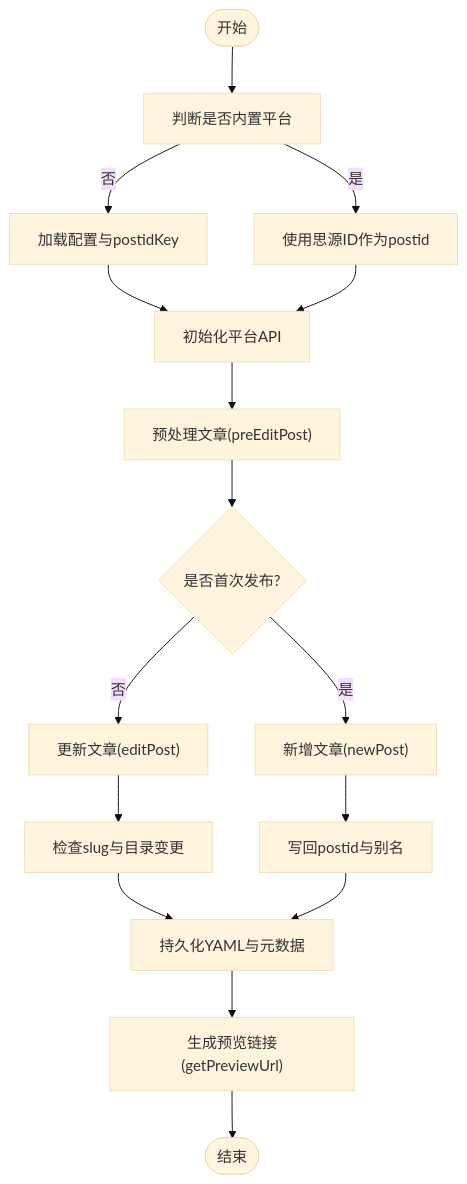
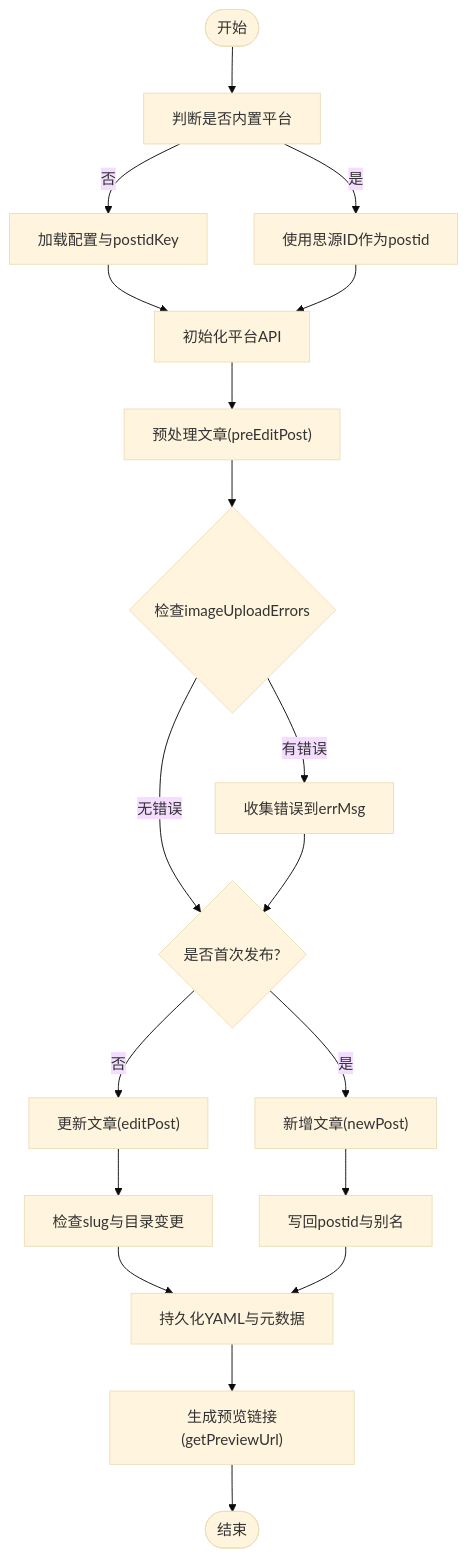
Before and after one commit to terwer/siyuan-plugin-publisher: the third of 4 diagrams in .qoder/repowiki/zh/content/发布引擎/发布引擎.md, drawn with Mermaid (base theme). The commit also changed other lines of this file and 5 other files, not shown here.

````diff
--- a/.qoder/repowiki/zh/content/发布引擎/发布引擎.md
+++ b/.qoder/repowiki/zh/content/发布引擎/发布引擎.md
@@ -135,18 +155,21 @@
 ```mermaid
 flowchart TD
 Start(["开始"]) --> CheckSys["判断是否内置平台"]
 CheckSys --> |是| UseSiyuanID["使用思源ID作为postid"]
 CheckSys --> |否| LoadCfg["加载配置与postidKey"]
 LoadCfg --> InitAPI["初始化平台API"]
 UseSiyuanID --> InitAPI
 InitAPI --> PreEdit["预处理文章(preEditPost)"]
-PreEdit --> IsAdd{"是否首次发布?"}
+PreEdit --> CheckErrors{"检查imageUploadErrors"}
+CheckErrors --> |有错误| CollectErr["收集错误到errMsg"]
+CheckErrors --> |无错误| IsAdd{"是否首次发布?"}
+CollectErr --> IsAdd
 IsAdd --> |是| NewPost["新增文章(newPost)"]
 IsAdd --> |否| EditPost["更新文章(editPost)"]
 NewPost --> SaveMeta["写回postid与别名"]
 EditPost --> SlugCheck["检查slug与目录变更"]
 SlugCheck --> Persist["持久化YAML与元数据"]
 SaveMeta --> Persist
 Persist --> Preview["生成预览链接(getPreviewUrl)"]
 Preview --> End(["结束"])
 ```
````
